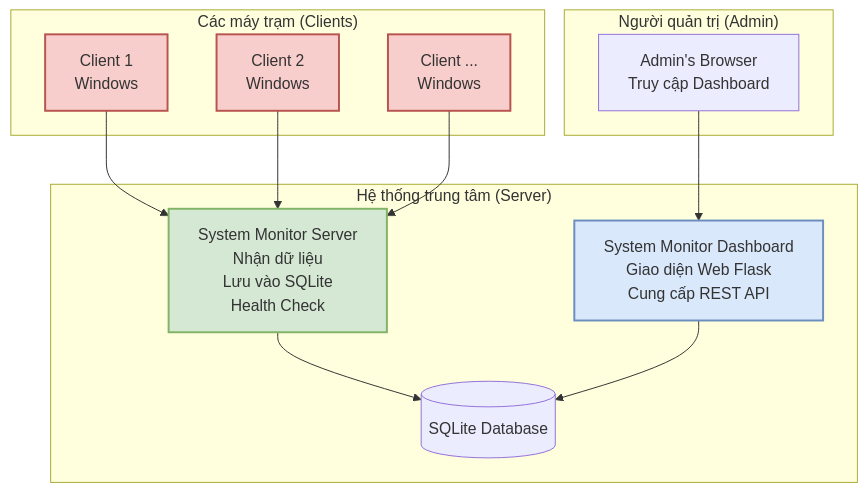
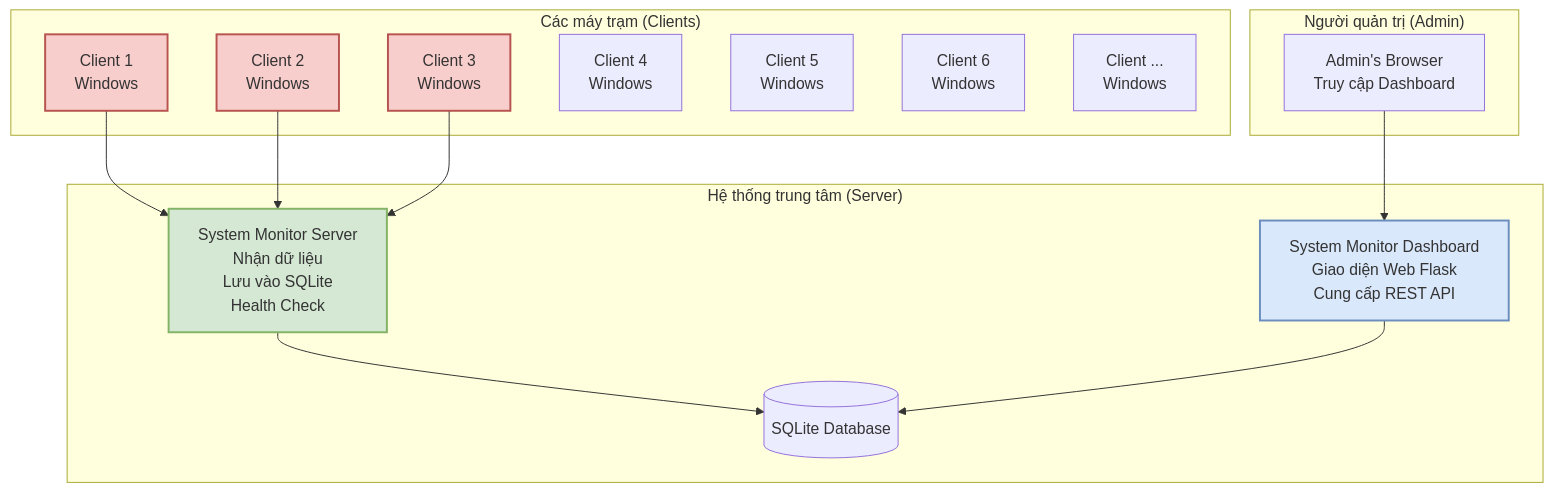
Before and after one commit to caophuocdanh/System-Monitor: the diagram in README.md, drawn with Mermaid.

````diff
--- a/README.md
+++ b/README.md
@@ -56,32 +56,36 @@
 ```mermaid
 graph TD
     subgraph "Các máy trạm (Clients)"
         C1[Client 1 <br> Windows]
         C2[Client 2 <br> Windows]
-        C3[Client ... <br> Windows]
+        C3[Client 3 <br> Windows]
+        C4[Client 4 <br> Windows]
+        C5[Client 5 <br> Windows]
+        C6[Client 6 <br> Windows]
+        C7[Client ... <br> Windows]
     end
 
     subgraph "Hệ thống trung tâm (Server)"
         S[System Monitor Server <br>Nhận dữ liệu <br>Lưu vào SQLite <br>Health Check]
         DB[(SQLite Database)]
         DASH[System Monitor Dashboard <br>Giao diện Web Flask <br>Cung cấp REST API]
     end
 
     subgraph "Người quản trị (Admin)"
         ADMIN[Admin's Browser <br> Truy cập Dashboard]
     end
 
     C1 --> S
     C2 --> S
     C3 --> S
 
     S --> DB
     DASH --> DB
     ADMIN --> DASH
 
     style S fill:#D5E8D4,stroke:#82B366,stroke-width:2px
     style DASH fill:#DAE8FC,stroke:#6C8EBF,stroke-width:2px
     style C1 fill:#F8CECC,stroke:#B85450,stroke-width:2px
     style C2 fill:#F8CECC,stroke:#B85450,stroke-width:2px
     style C3 fill:#F8CECC,stroke:#B85450,stroke-width:2px
 ```
````
